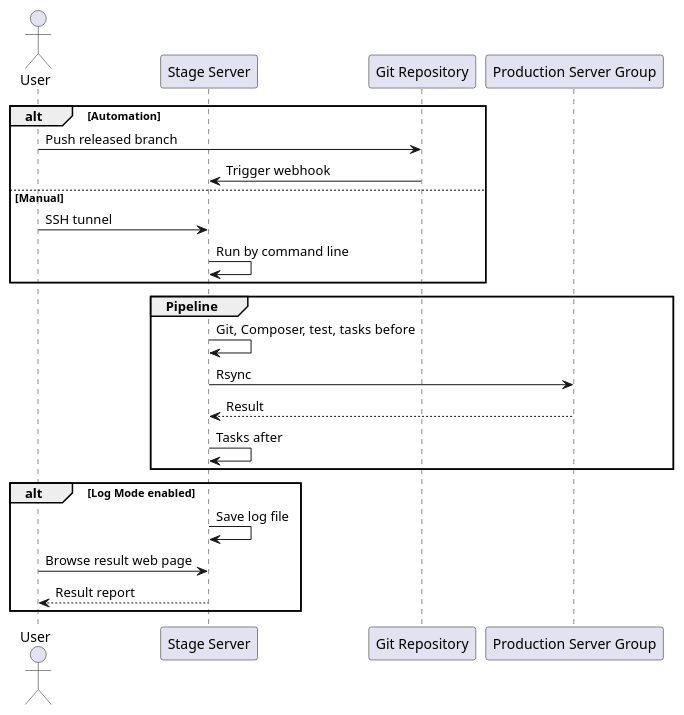
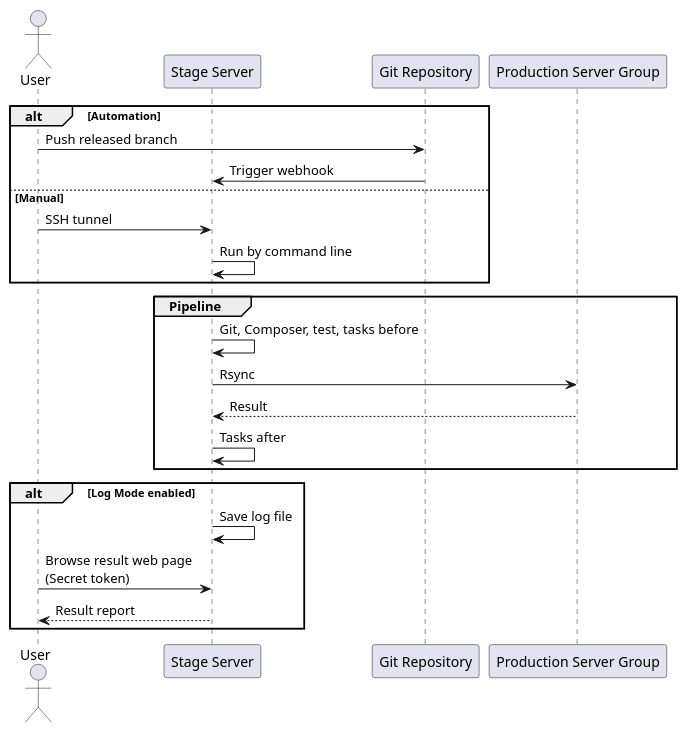
One commit to yidas/deployer-php-cli changed the diagram in img/sequence-diagram.plantuml. Above: the diagram before and after it, drawn with PlantUML.

```diff
--- a/img/sequence-diagram.plantuml
+++ b/img/sequence-diagram.plantuml
@@ -1,29 +1,29 @@
 @startuml
 actor "User" as user
 participant "Stage Server" as stage
 participant "Git Repository" as repo
 participant "Production Server Group" as real
 
 
 alt Automation
   user -> repo: Push released branch
   repo -> stage: Trigger webhook
 else Manual
 user -> stage: SSH tunnel
 stage -> stage: Run by command line
 end
 
 group Pipeline
   stage -> stage: Git, Composer, test, tasks before
   stage -> real: Rsync
   real --> stage: Result
   stage -> stage: Tasks after
 end group
 
 alt Log Mode enabled
 stage -> stage: Save log file
-user -> stage: Browse result web page
+user -> stage: Browse result web page \n(Secret token)
 stage --> user: Result report
 end
 
 @enduml
```
